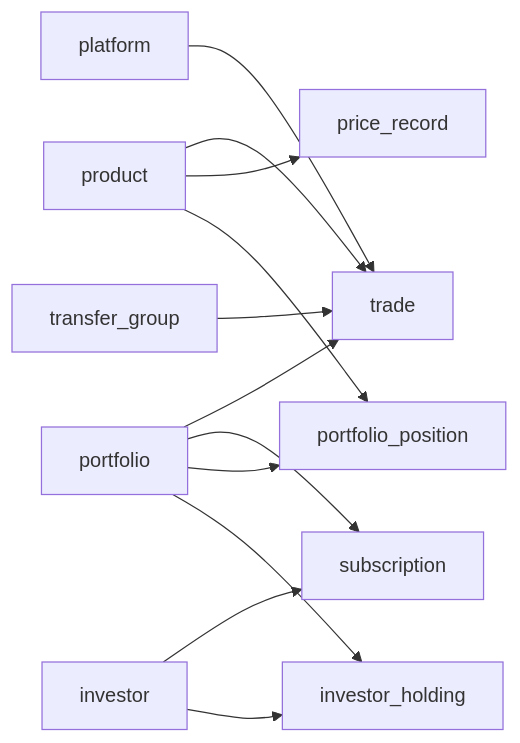
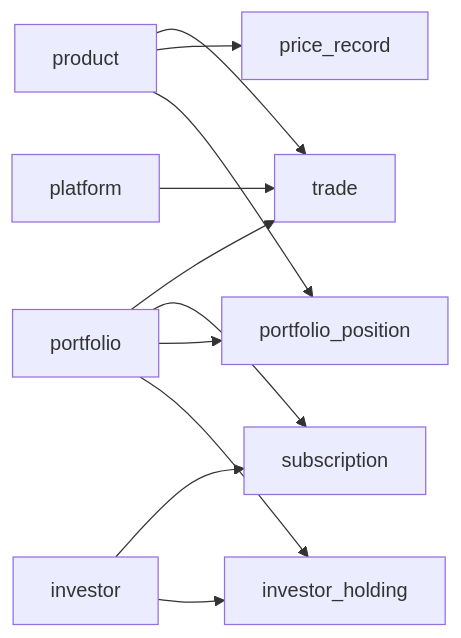
One commit to gujialind/InvestRing changed the sixth of 6 diagrams in .qoder/repowiki/zh/content/数据库设计/核心业务表结构/交易与订单管理表.md. Above: the diagram before and after it, drawn with Mermaid. The commit also changed other lines of this file and 65 other files, not shown here.

````diff
--- a/.qoder/repowiki/zh/content/数据库设计/核心业务表结构/交易与订单管理表.md
+++ b/.qoder/repowiki/zh/content/数据库设计/核心业务表结构/交易与订单管理表.md
@@ -459,14 +427,13 @@
 ```mermaid
 graph LR
 Portfolio["portfolio"] --> Trade["trade"]
 Platform["platform"] --> Trade
 Product["product"] --> Trade
 Product --> Price["price_record"]
 Portfolio --> Subscription["subscription"]
 Investor["investor"] --> Subscription
 Portfolio --> PortfolioPosition["portfolio_position"]
 Product --> PortfolioPosition
 Portfolio --> InvestorHolding["investor_holding"]
 Investor --> InvestorHolding
-TransferGroup["transfer_group"] --> Trade
 ```
````
